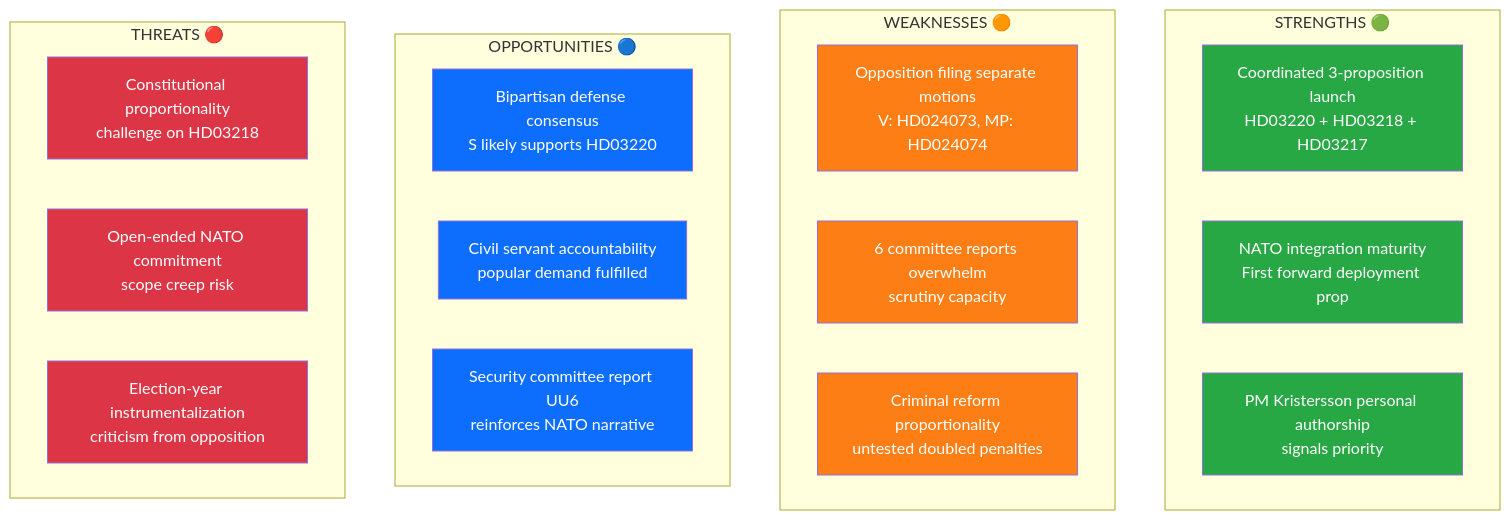
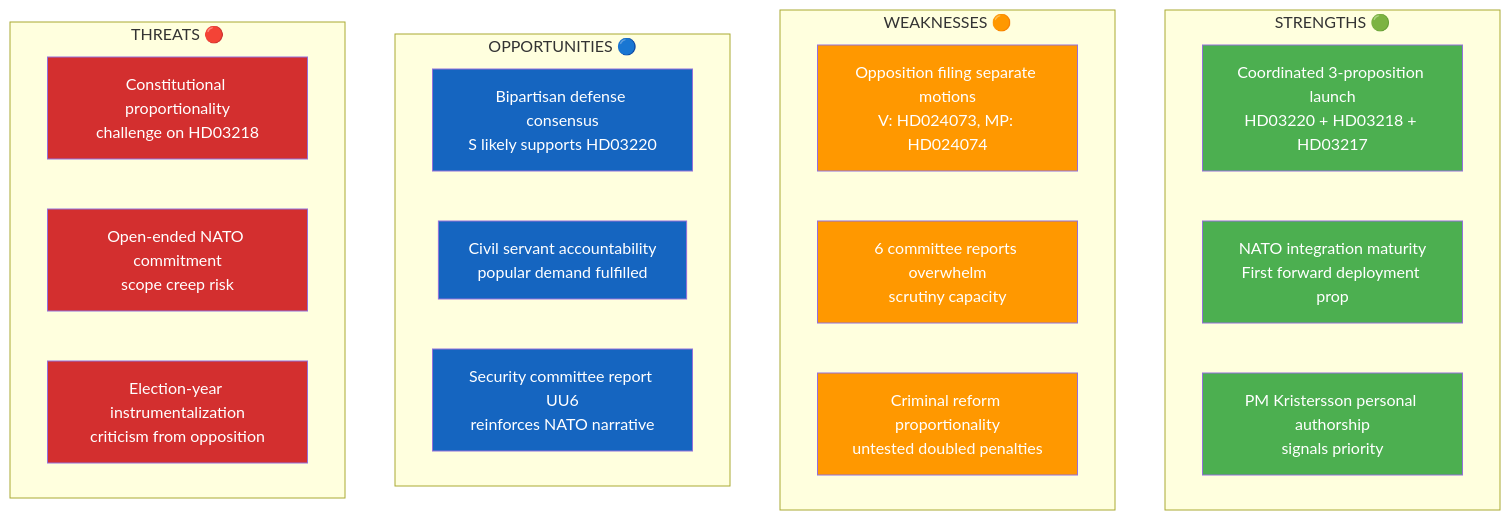
Before and after one commit to Hack23/riksdagsmonitor: the diagram in analysis/daily/2026-04-09/evening-analysis/swot-analysis.md, drawn with Mermaid. The commit also changed 785 other files, not shown here.

First line of the commit message:
Normalize mermaid colors across 786 analysis artifacts to ISMS Style Guide palette

````diff
--- a/analysis/daily/2026-04-09/evening-analysis/swot-analysis.md
+++ b/analysis/daily/2026-04-09/evening-analysis/swot-analysis.md
@@ -10,35 +10,35 @@
 ```mermaid
 graph TD
     subgraph "STRENGTHS 🟢"
         S1["Coordinated 3-proposition launch<br/>HD03220 + HD03218 + HD03217"]
         S2["NATO integration maturity<br/>First forward deployment prop"]
         S3["PM Kristersson personal authorship<br/>signals priority"]
     end
     subgraph "WEAKNESSES 🟠"
         W1["Opposition filing separate motions<br/>V: HD024073, MP: HD024074"]
         W2["6 committee reports overwhelm<br/>scrutiny capacity"]
         W3["Criminal reform proportionality<br/>untested doubled penalties"]
     end
     subgraph "OPPORTUNITIES 🔵"
         O1["Bipartisan defense consensus<br/>S likely supports HD03220"]
         O2["Civil servant accountability<br/>popular demand fulfilled"]
         O3["Security committee report UU6<br/>reinforces NATO narrative"]
     end
     subgraph "THREATS 🔴"
         T1["Constitutional proportionality<br/>challenge on HD03218"]
         T2["Open-ended NATO commitment<br/>scope creep risk"]
         T3["Election-year instrumentalization<br/>criticism from opposition"]
     end
-    style S1 fill:#28a745,color:#fff
-    style S2 fill:#28a745,color:#fff
-    style S3 fill:#28a745,color:#fff
-    style W1 fill:#fd7e14,color:#fff
-    style W2 fill:#fd7e14,color:#fff
-    style W3 fill:#fd7e14,color:#fff
-    style O1 fill:#0d6efd,color:#fff
-    style O2 fill:#0d6efd,color:#fff
-    style O3 fill:#0d6efd,color:#fff
-    style T1 fill:#dc3545,color:#fff
-    style T2 fill:#dc3545,color:#fff
-    style T3 fill:#dc3545,color:#fff
+    style S1 fill:#4CAF50,color:#FFFFFF
+    style S2 fill:#4CAF50,color:#FFFFFF
+    style S3 fill:#4CAF50,color:#FFFFFF
+    style W1 fill:#FF9800,color:#FFFFFF
+    style W2 fill:#FF9800,color:#FFFFFF
+    style W3 fill:#FF9800,color:#FFFFFF
+    style O1 fill:#1565C0,color:#FFFFFF
+    style O2 fill:#1565C0,color:#FFFFFF
+    style O3 fill:#1565C0,color:#FFFFFF
+    style T1 fill:#D32F2F,color:#FFFFFF
+    style T2 fill:#D32F2F,color:#FFFFFF
+    style T3 fill:#D32F2F,color:#FFFFFF
 ```
````
